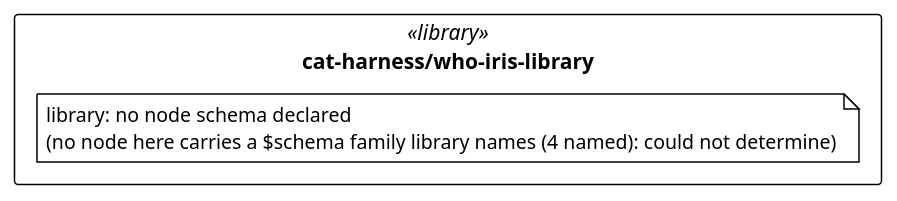
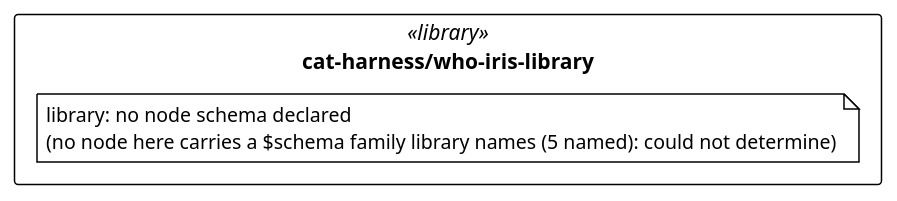
The diagram in cat-harness/uml/overview/cat-harness/who-iris-library.puml (litlfred/folio-assistant), drawn with PlantUML before and after one commit. The commit also changed 25 other files, not shown here.

First line of the commit message:
Regenerate after merging main — glossary, UML overview, detangle, library/schema/uploads viz

```diff
--- a/cat-harness/uml/overview/cat-harness/who-iris-library.puml
+++ b/cat-harness/uml/overview/cat-harness/who-iris-library.puml
@@ -3,13 +3,13 @@
 @startuml cat_harness_who_iris_library
 !pragma layout elk
 !theme plain
 skinparam classAttributeIconSize 0
 skinparam shadowing false
 skinparam packageStyle rectangle
 hide empty methods
 
 package "cat-harness/who-iris-library" as pkg_cat_harness_who_iris_library <<library>> {
-  note "library: no node schema declared\n(no node here carries a $schema family library names (4 named): could not determine)" as n_cat_harness_who_iris_library_library
+  note "library: no node schema declared\n(no node here carries a $schema family library names (5 named): could not determine)" as n_cat_harness_who_iris_library_library
 }
 
 @enduml
```
